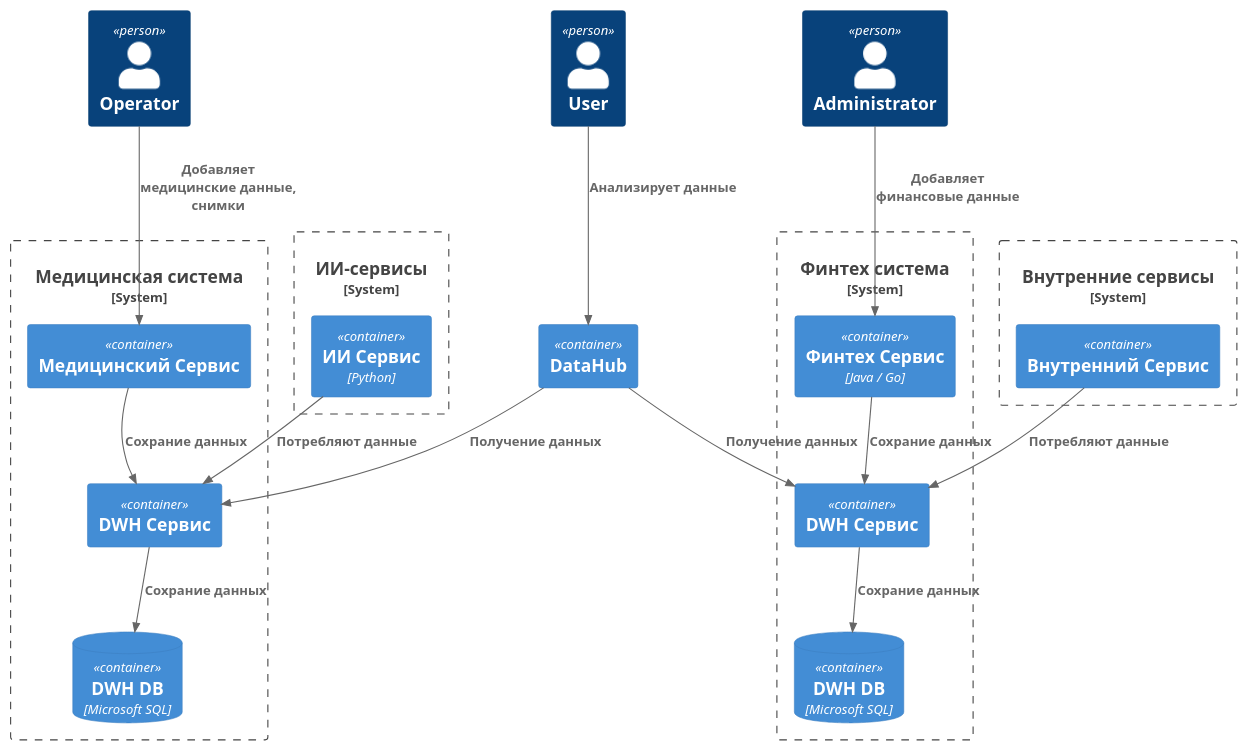
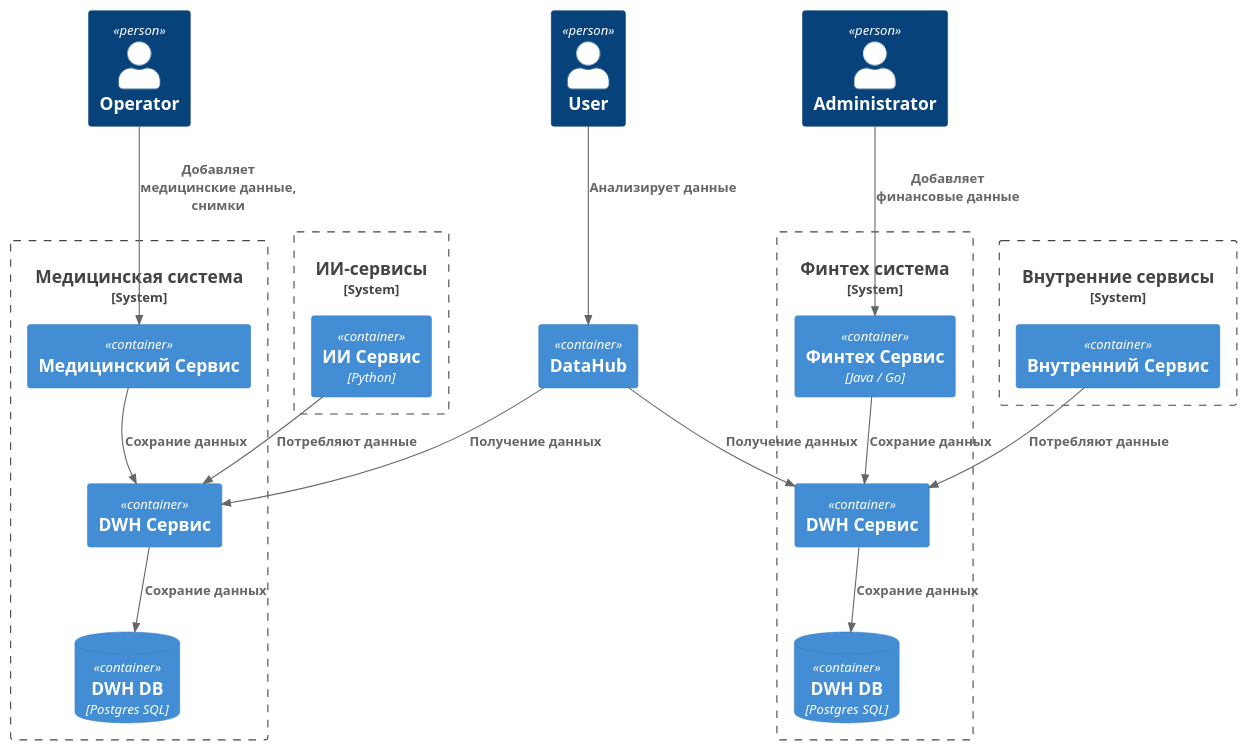
Before and after one commit to Implozium/architecture-sprint-11: the diagram in Exc1/diagrams/C4_container.puml, drawn with PlantUML. The commit also changed 4 other files, not shown here.

```diff
--- a/Exc1/diagrams/C4_container.puml
+++ b/Exc1/diagrams/C4_container.puml
@@ -1,48 +1,48 @@
 @startuml
 !include https://raw.githubusercontent.com/plantuml-stdlib/C4-PlantUML/master/C4_Component.puml
 
 Person(administrator, "Administrator")
 Person(operator, "Operator")
 Person(user, "User")
 
 System_Boundary(financeSystem, "Финтех система") {
     Container(financeService, "Финтех Сервис", "Java / Go")
 
     Container(financeDWHCore, "DWH Сервис")
-    ContainerDb(financeDWHDB, "DWH DB", "Microsoft SQL")
+    ContainerDb(financeDWHDB, "DWH DB", "Postgres SQL")
 
     Rel(financeService, financeDWHCore, "Сохрание данных")
     Rel(financeDWHCore, financeDWHDB, "Сохрание данных")
 }
 
 System_Boundary(medicineSystem, "Медицинская система") {
     Container(medicineService, "Медицинский Сервис")
 
     Container(medicineDWHCore, "DWH Сервис")
-    ContainerDb(medicineDWHDB, "DWH DB", "Microsoft SQL")
+    ContainerDb(medicineDWHDB, "DWH DB", "Postgres SQL")
 
     Rel(medicineService, medicineDWHCore, "Сохрание данных")
     Rel(medicineDWHCore, medicineDWHDB, "Сохрание данных")
 }
 
 System_Boundary(innerSystem, "Внутренние сервисы") {
     Container(innerService, "Внутренний Сервис")
 }
 
 System_Boundary(AISystem, "ИИ-сервисы") {
     Container(AIService, "ИИ Сервис", "Python")
 }
 
 Container(DataHub, "DataHub")
 
 Rel(DataHub, medicineDWHCore, "Получение данных")
 Rel(DataHub, financeDWHCore, "Получение данных")
 
 Rel(AIService, medicineDWHCore, "Потребляют данные")
 
 Rel(innerService, financeDWHCore, "Потребляют данные")
 
 Rel(user, DataHub, "Анализирует данные")
 Rel(operator, medicineService, "Добавляет медицинские данные, снимки")
 Rel(administrator, financeService, "Добавляет финансовые данные")
 @enduml
```
